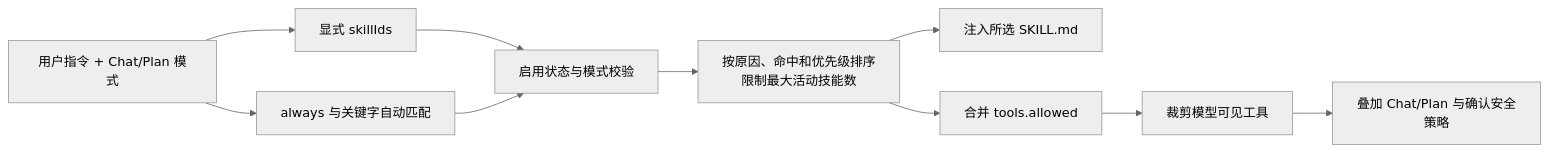
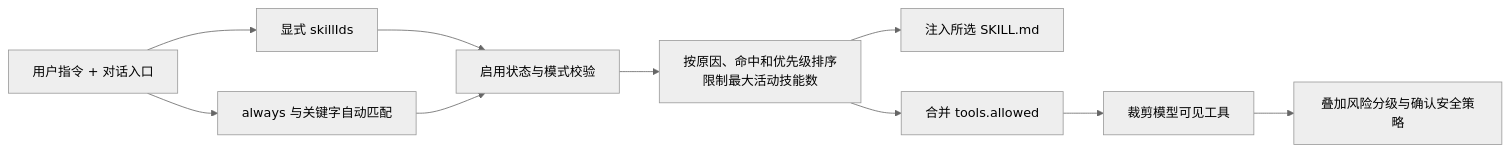
One commit to ferren/JLCircuit-Agent changed the fifth of 8 diagrams in docs/current-architecture.md. Above: the diagram before and after it, drawn with Mermaid (neutral theme). The commit also changed other lines of this file and 16 other files, not shown here.

Commit message:
feat: unify streaming change confirmation flow

````diff
--- a/docs/current-architecture.md
+++ b/docs/current-architecture.md
@@ -466,12 +466,12 @@
 ```mermaid
 flowchart LR
-    INPUT[用户指令 + Chat/Plan 模式] --> REQUESTED[显式 skillIds]
+    INPUT[用户指令 + 对话入口] --> REQUESTED[显式 skillIds]
     INPUT --> AUTO[always 与关键字自动匹配]
     REQUESTED --> VALIDATE[启用状态与模式校验]
     AUTO --> VALIDATE
     VALIDATE --> LIMIT[按原因、命中和优先级排序<br/>限制最大活动技能数]
     LIMIT --> PROMPT[注入所选 SKILL.md]
     LIMIT --> UNION[合并 tools.allowed]
     UNION --> FILTER[裁剪模型可见工具]
-    FILTER --> SAFETY[叠加 Chat/Plan 与确认安全策略]
+    FILTER --> SAFETY[叠加风险分级与确认安全策略]
 ```
````
